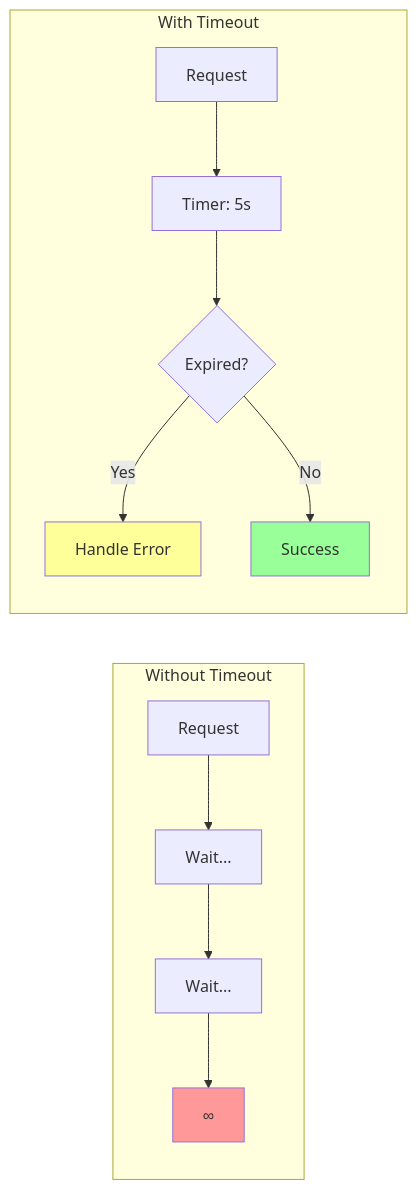
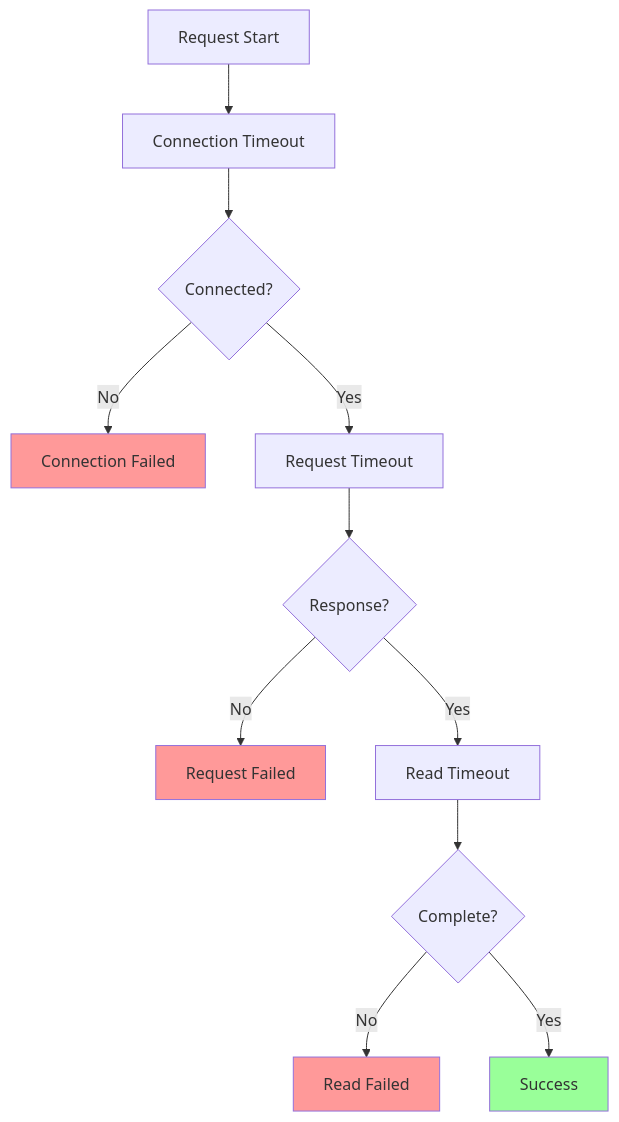
Before and after one commit to deepaucksharma/DStudio: the first of 5 diagrams in docs/pattern-library/resilience/timeout.md, drawn with Mermaid. The commit also changed other lines of this file and 64 other files, not shown here.

````diff
--- a/docs/pattern-library/resilience/timeout.md
+++ b/docs/pattern-library/resilience/timeout.md
@@ -56,16 +88,18 @@
 ```mermaid
-flowchart LR
-    subgraph "Without Timeout"
-        R1[Request] --> W1[Wait...] --> W2[Wait...] --> W3[∞]
-    end
+graph TD
+    A[Request Start] --> B[Connection Timeout]
+    B --> C{Connected?}
+    C -->|No| D[Connection Failed]
+    C -->|Yes| E[Request Timeout]
+    E --> F{Response?}
+    F -->|No| G[Request Failed]
+    F -->|Yes| H[Read Timeout]
+    H --> I{Complete?}
+    I -->|No| J[Read Failed]
+    I -->|Yes| K[Success]
     
-    subgraph "With Timeout"
-        R2[Request] --> T[Timer: 5s] --> E{Expired?}
-        E -->|Yes| H[Handle Error]
-        E -->|No| S[Success]
-    end
-    
-    style W3 fill:#f99
-    style S fill:#9f9
-    style H fill:#ff9
+    style D fill:#f99
+    style G fill:#f99
+    style J fill:#f99
+    style K fill:#9f9
 ```
````
